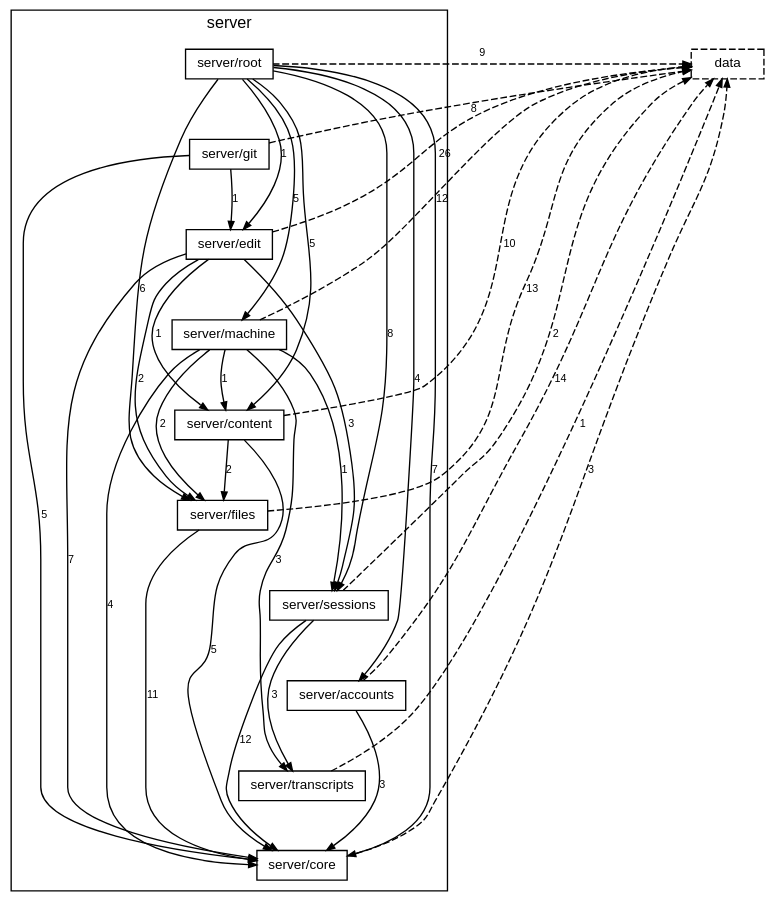
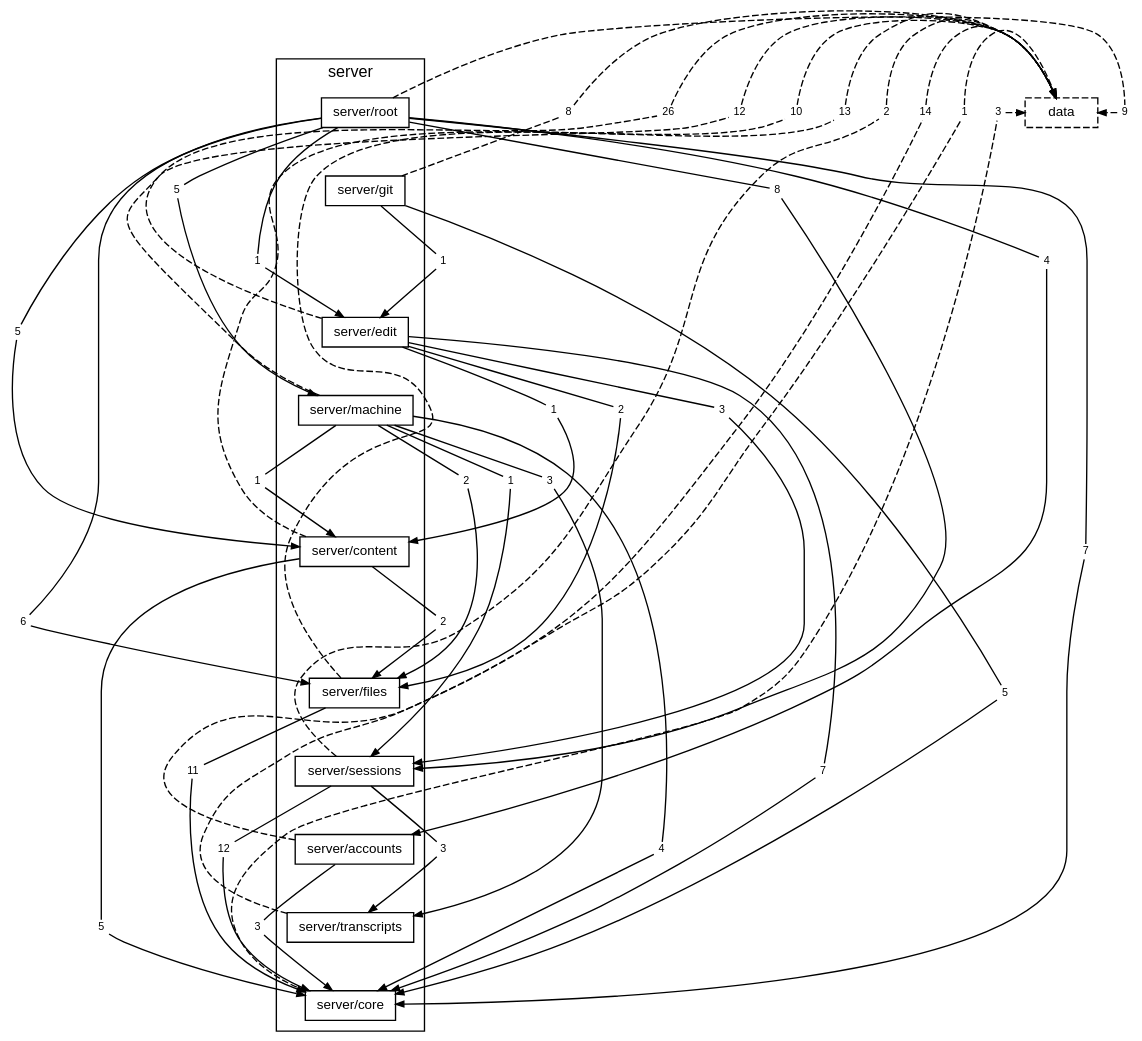
Before and after one commit to TheAxeC/oculus: the diagram in docs/diagrams/layer-server.dot, drawn with Graphviz. The commit also changed 433 other files, not shown here.

```diff
--- a/docs/diagrams/layer-server.dot
+++ b/docs/diagrams/layer-server.dot
@@ -25,38 +25,106 @@
     "folder server/sessions" -> "folder server/accounts" [style=invis, weight=10];
     "folder server/accounts" -> "folder server/transcripts" [style=invis, weight=10];
     "folder server/transcripts" -> "folder server/core" [style=invis, weight=10];
-    "folder server/accounts" -> "folder server/core" [label="3"];
-    "folder server/accounts" -> "layer data" [label="14", style=dashed, constraint=false];
-    "folder server/content" -> "folder server/core" [label="5"];
-    "folder server/content" -> "folder server/files" [label="2"];
-    "folder server/content" -> "layer data" [label="10", style=dashed, constraint=false];
-    "folder server/core" -> "layer data" [label="3", style=dashed, constraint=false];
-    "folder server/edit" -> "folder server/content" [label="1"];
-    "folder server/edit" -> "folder server/core" [label="7"];
-    "folder server/edit" -> "folder server/files" [label="2"];
-    "folder server/edit" -> "folder server/sessions" [label="3"];
-    "folder server/edit" -> "layer data" [label="26", style=dashed, constraint=false];
-    "folder server/files" -> "folder server/core" [label="11"];
-    "folder server/files" -> "layer data" [label="13", style=dashed, constraint=false];
-    "folder server/git" -> "folder server/core" [label="5"];
-    "folder server/git" -> "folder server/edit" [label="1"];
-    "folder server/git" -> "layer data" [label="8", style=dashed, constraint=false];
-    "folder server/machine" -> "folder server/content" [label="1"];
-    "folder server/machine" -> "folder server/core" [label="4"];
-    "folder server/machine" -> "folder server/files" [label="2"];
-    "folder server/machine" -> "folder server/sessions" [label="1"];
-    "folder server/machine" -> "folder server/transcripts" [label="3"];
-    "folder server/machine" -> "layer data" [label="12", style=dashed, constraint=false];
-    "folder server/root" -> "folder server/accounts" [label="4"];
-    "folder server/root" -> "folder server/content" [label="5"];
-    "folder server/root" -> "folder server/core" [label="7"];
-    "folder server/root" -> "folder server/edit" [label="1"];
-    "folder server/root" -> "folder server/files" [label="6"];
-    "folder server/root" -> "folder server/machine" [label="5"];
-    "folder server/root" -> "folder server/sessions" [label="8"];
-    "folder server/root" -> "layer data" [label="9", style=dashed, constraint=false];
-    "folder server/sessions" -> "folder server/core" [label="12"];
-    "folder server/sessions" -> "folder server/transcripts" [label="3"];
-    "folder server/sessions" -> "layer data" [label="2", style=dashed, constraint=false];
-    "folder server/transcripts" -> "layer data" [label="1", style=dashed, constraint=false];
+    "folder server/accounts to folder server/core" [label="3", shape=box, color="transparent", fontsize=8, width=0, height=0, margin="0.04,0.02"];
+    "folder server/accounts" -> "folder server/accounts to folder server/core" [arrowhead=none];
+    "folder server/accounts to folder server/core" -> "folder server/core" [];
+    "folder server/accounts to layer data" [label="14", shape=box, color="transparent", fontsize=8, width=0, height=0, margin="0.04,0.02"];
+    "folder server/accounts" -> "folder server/accounts to layer data" [arrowhead=none, style=dashed, constraint=false];
+    "folder server/accounts to layer data" -> "layer data" [style=dashed, constraint=false];
+    "folder server/content to folder server/core" [label="5", shape=box, color="transparent", fontsize=8, width=0, height=0, margin="0.04,0.02"];
+    "folder server/content" -> "folder server/content to folder server/core" [arrowhead=none];
+    "folder server/content to folder server/core" -> "folder server/core" [];
+    "folder server/content to folder server/files" [label="2", shape=box, color="transparent", fontsize=8, width=0, height=0, margin="0.04,0.02"];
+    "folder server/content" -> "folder server/content to folder server/files" [arrowhead=none];
+    "folder server/content to folder server/files" -> "folder server/files" [];
+    "folder server/content to layer data" [label="10", shape=box, color="transparent", fontsize=8, width=0, height=0, margin="0.04,0.02"];
+    "folder server/content" -> "folder server/content to layer data" [arrowhead=none, style=dashed, constraint=false];
+    "folder server/content to layer data" -> "layer data" [style=dashed, constraint=false];
+    "folder server/core to layer data" [label="3", shape=box, color="transparent", fontsize=8, width=0, height=0, margin="0.04,0.02"];
+    "folder server/core" -> "folder server/core to layer data" [arrowhead=none, style=dashed, constraint=false];
+    "folder server/core to layer data" -> "layer data" [style=dashed, constraint=false];
+    "folder server/edit to folder server/content" [label="1", shape=box, color="transparent", fontsize=8, width=0, height=0, margin="0.04,0.02"];
+    "folder server/edit" -> "folder server/edit to folder server/content" [arrowhead=none];
+    "folder server/edit to folder server/content" -> "folder server/content" [];
+    "folder server/edit to folder server/core" [label="7", shape=box, color="transparent", fontsize=8, width=0, height=0, margin="0.04,0.02"];
+    "folder server/edit" -> "folder server/edit to folder server/core" [arrowhead=none];
+    "folder server/edit to folder server/core" -> "folder server/core" [];
+    "folder server/edit to folder server/files" [label="2", shape=box, color="transparent", fontsize=8, width=0, height=0, margin="0.04,0.02"];
+    "folder server/edit" -> "folder server/edit to folder server/files" [arrowhead=none];
+    "folder server/edit to folder server/files" -> "folder server/files" [];
+    "folder server/edit to folder server/sessions" [label="3", shape=box, color="transparent", fontsize=8, width=0, height=0, margin="0.04,0.02"];
+    "folder server/edit" -> "folder server/edit to folder server/sessions" [arrowhead=none];
+    "folder server/edit to folder server/sessions" -> "folder server/sessions" [];
+    "folder server/edit to layer data" [label="26", shape=box, color="transparent", fontsize=8, width=0, height=0, margin="0.04,0.02"];
+    "folder server/edit" -> "folder server/edit to layer data" [arrowhead=none, style=dashed, constraint=false];
+    "folder server/edit to layer data" -> "layer data" [style=dashed, constraint=false];
+    "folder server/files to folder server/core" [label="11", shape=box, color="transparent", fontsize=8, width=0, height=0, margin="0.04,0.02"];
+    "folder server/files" -> "folder server/files to folder server/core" [arrowhead=none];
+    "folder server/files to folder server/core" -> "folder server/core" [];
+    "folder server/files to layer data" [label="13", shape=box, color="transparent", fontsize=8, width=0, height=0, margin="0.04,0.02"];
+    "folder server/files" -> "folder server/files to layer data" [arrowhead=none, style=dashed, constraint=false];
+    "folder server/files to layer data" -> "layer data" [style=dashed, constraint=false];
+    "folder server/git to folder server/core" [label="5", shape=box, color="transparent", fontsize=8, width=0, height=0, margin="0.04,0.02"];
+    "folder server/git" -> "folder server/git to folder server/core" [arrowhead=none];
+    "folder server/git to folder server/core" -> "folder server/core" [];
+    "folder server/git to folder server/edit" [label="1", shape=box, color="transparent", fontsize=8, width=0, height=0, margin="0.04,0.02"];
+    "folder server/git" -> "folder server/git to folder server/edit" [arrowhead=none];
+    "folder server/git to folder server/edit" -> "folder server/edit" [];
+    "folder server/git to layer data" [label="8", shape=box, color="transparent", fontsize=8, width=0, height=0, margin="0.04,0.02"];
+    "folder server/git" -> "folder server/git to layer data" [arrowhead=none, style=dashed, constraint=false];
+    "folder server/git to layer data" -> "layer data" [style=dashed, constraint=false];
+    "folder server/machine to folder server/content" [label="1", shape=box, color="transparent", fontsize=8, width=0, height=0, margin="0.04,0.02"];
+    "folder server/machine" -> "folder server/machine to folder server/content" [arrowhead=none];
+    "folder server/machine to folder server/content" -> "folder server/content" [];
+    "folder server/machine to folder server/core" [label="4", shape=box, color="transparent", fontsize=8, width=0, height=0, margin="0.04,0.02"];
+    "folder server/machine" -> "folder server/machine to folder server/core" [arrowhead=none];
+    "folder server/machine to folder server/core" -> "folder server/core" [];
+    "folder server/machine to folder server/files" [label="2", shape=box, color="transparent", fontsize=8, width=0, height=0, margin="0.04,0.02"];
+    "folder server/machine" -> "folder server/machine to folder server/files" [arrowhead=none];
+    "folder server/machine to folder server/files" -> "folder server/files" [];
+    "folder server/machine to folder server/sessions" [label="1", shape=box, color="transparent", fontsize=8, width=0, height=0, margin="0.04,0.02"];
+    "folder server/machine" -> "folder server/machine to folder server/sessions" [arrowhead=none];
+    "folder server/machine to folder server/sessions" -> "folder server/sessions" [];
+    "folder server/machine to folder server/transcripts" [label="3", shape=box, color="transparent", fontsize=8, width=0, height=0, margin="0.04,0.02"];
+    "folder server/machine" -> "folder server/machine to folder server/transcripts" [arrowhead=none];
+    "folder server/machine to folder server/transcripts" -> "folder server/transcripts" [];
+    "folder server/machine to layer data" [label="12", shape=box, color="transparent", fontsize=8, width=0, height=0, margin="0.04,0.02"];
+    "folder server/machine" -> "folder server/machine to layer data" [arrowhead=none, style=dashed, constraint=false];
+    "folder server/machine to layer data" -> "layer data" [style=dashed, constraint=false];
+    "folder server/root to folder server/accounts" [label="4", shape=box, color="transparent", fontsize=8, width=0, height=0, margin="0.04,0.02"];
+    "folder server/root" -> "folder server/root to folder server/accounts" [arrowhead=none];
+    "folder server/root to folder server/accounts" -> "folder server/accounts" [];
+    "folder server/root to folder server/content" [label="5", shape=box, color="transparent", fontsize=8, width=0, height=0, margin="0.04,0.02"];
+    "folder server/root" -> "folder server/root to folder server/content" [arrowhead=none];
+    "folder server/root to folder server/content" -> "folder server/content" [];
+    "folder server/root to folder server/core" [label="7", shape=box, color="transparent", fontsize=8, width=0, height=0, margin="0.04,0.02"];
+    "folder server/root" -> "folder server/root to folder server/core" [arrowhead=none];
+    "folder server/root to folder server/core" -> "folder server/core" [];
+    "folder server/root to folder server/edit" [label="1", shape=box, color="transparent", fontsize=8, width=0, height=0, margin="0.04,0.02"];
+    "folder server/root" -> "folder server/root to folder server/edit" [arrowhead=none];
+    "folder server/root to folder server/edit" -> "folder server/edit" [];
+    "folder server/root to folder server/files" [label="6", shape=box, color="transparent", fontsize=8, width=0, height=0, margin="0.04,0.02"];
+    "folder server/root" -> "folder server/root to folder server/files" [arrowhead=none];
+    "folder server/root to folder server/files" -> "folder server/files" [];
+    "folder server/root to folder server/machine" [label="5", shape=box, color="transparent", fontsize=8, width=0, height=0, margin="0.04,0.02"];
+    "folder server/root" -> "folder server/root to folder server/machine" [arrowhead=none];
+    "folder server/root to folder server/machine" -> "folder server/machine" [];
+    "folder server/root to folder server/sessions" [label="8", shape=box, color="transparent", fontsize=8, width=0, height=0, margin="0.04,0.02"];
+    "folder server/root" -> "folder server/root to folder server/sessions" [arrowhead=none];
+    "folder server/root to folder server/sessions" -> "folder server/sessions" [];
+    "folder server/root to layer data" [label="9", shape=box, color="transparent", fontsize=8, width=0, height=0, margin="0.04,0.02"];
+    "folder server/root" -> "folder server/root to layer data" [arrowhead=none, style=dashed, constraint=false];
+    "folder server/root to layer data" -> "layer data" [style=dashed, constraint=false];
+    "folder server/sessions to folder server/core" [label="12", shape=box, color="transparent", fontsize=8, width=0, height=0, margin="0.04,0.02"];
+    "folder server/sessions" -> "folder server/sessions to folder server/core" [arrowhead=none];
+    "folder server/sessions to folder server/core" -> "folder server/core" [];
+    "folder server/sessions to folder server/transcripts" [label="3", shape=box, color="transparent", fontsize=8, width=0, height=0, margin="0.04,0.02"];
+    "folder server/sessions" -> "folder server/sessions to folder server/transcripts" [arrowhead=none];
+    "folder server/sessions to folder server/transcripts" -> "folder server/transcripts" [];
+    "folder server/sessions to layer data" [label="2", shape=box, color="transparent", fontsize=8, width=0, height=0, margin="0.04,0.02"];
+    "folder server/sessions" -> "folder server/sessions to layer data" [arrowhead=none, style=dashed, constraint=false];
+    "folder server/sessions to layer data" -> "layer data" [style=dashed, constraint=false];
+    "folder server/transcripts to layer data" [label="1", shape=box, color="transparent", fontsize=8, width=0, height=0, margin="0.04,0.02"];
+    "folder server/transcripts" -> "folder server/transcripts to layer data" [arrowhead=none, style=dashed, constraint=false];
+    "folder server/transcripts to layer data" -> "layer data" [style=dashed, constraint=false];
 }
```
